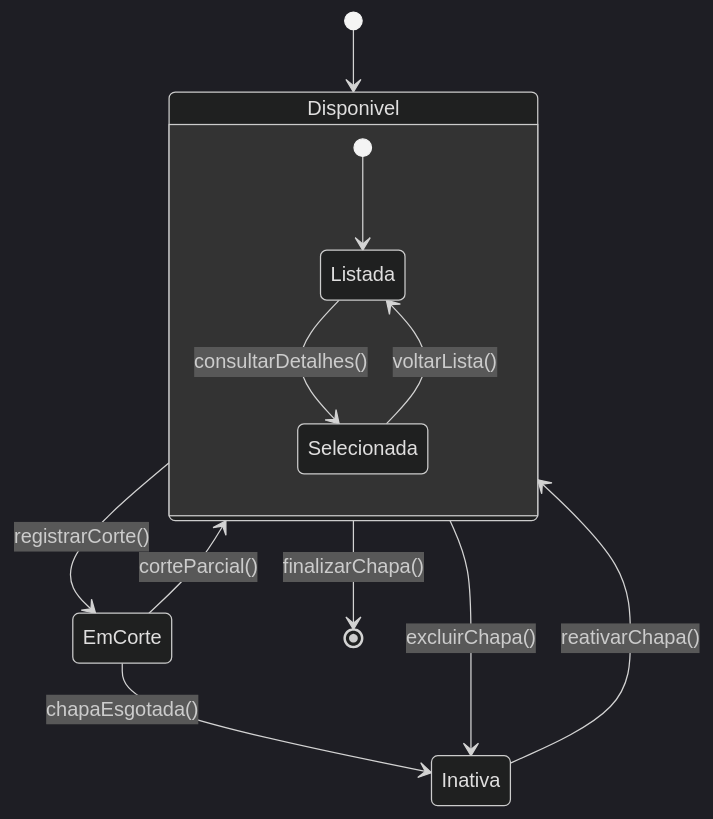
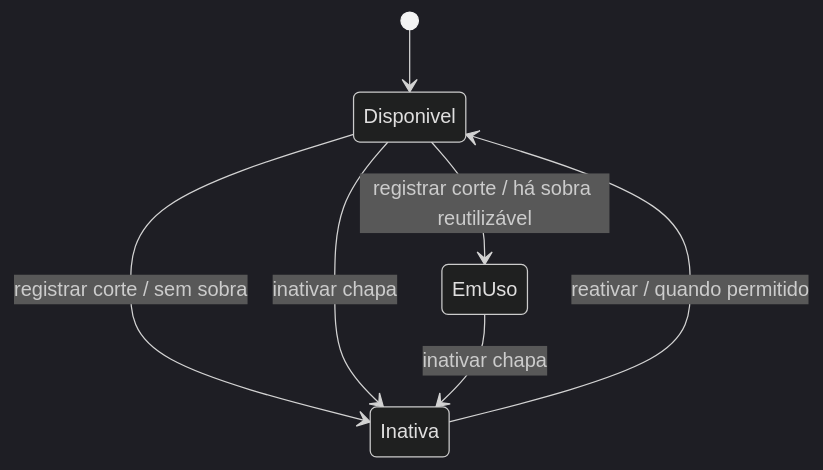
Before and after one commit to WlFerrari/TetusManager: the first of 2 diagrams in diagramas/DIAGRAMA_ESTADOS_MERMAID.md, drawn with Mermaid (dark theme). The commit also changed other lines of this file, not shown here.

Commit message:
diagramas: separar estados oficiais de chapa e retalho

````diff
--- a/diagramas/DIAGRAMA_ESTADOS_MERMAID.md
+++ b/diagramas/DIAGRAMA_ESTADOS_MERMAID.md
@@ -5,18 +7,9 @@
 ```mermaid
 stateDiagram-v2
     [*] --> Disponivel
-
-    Disponivel --> EmCorte: registrarCorte()
-    EmCorte --> Disponivel: corteParcial()
-    EmCorte --> Inativa: chapaEsgotada()
-
-    Disponivel --> Inativa: excluirChapa()
-    Inativa --> Disponivel: reativarChapa()
-    Disponivel --> [*]: finalizarChapa()
-
-    state Disponivel {
-        [*] --> Listada
-        Listada --> Selecionada: consultarDetalhes()
-        Selecionada --> Listada: voltarLista()
-    }
+    Disponivel --> EmUso: registrar corte / há sobra reutilizável
+    Disponivel --> Inativa: registrar corte / sem sobra
+    Disponivel --> Inativa: inativar chapa
+    EmUso --> Inativa: inativar chapa
+    Inativa --> Disponivel: reativar / quando permitido
 ```
````
